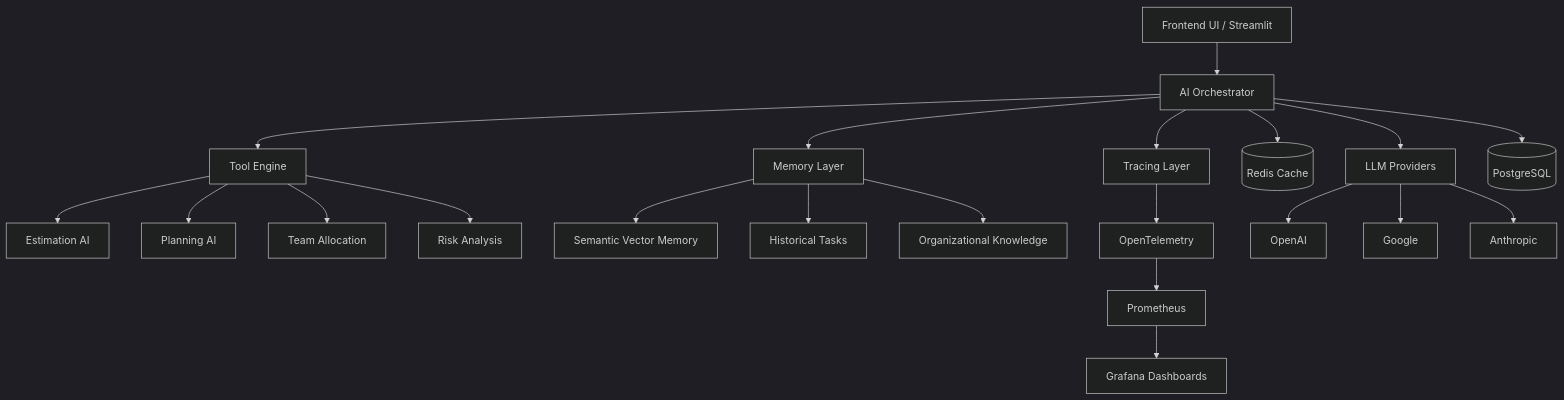
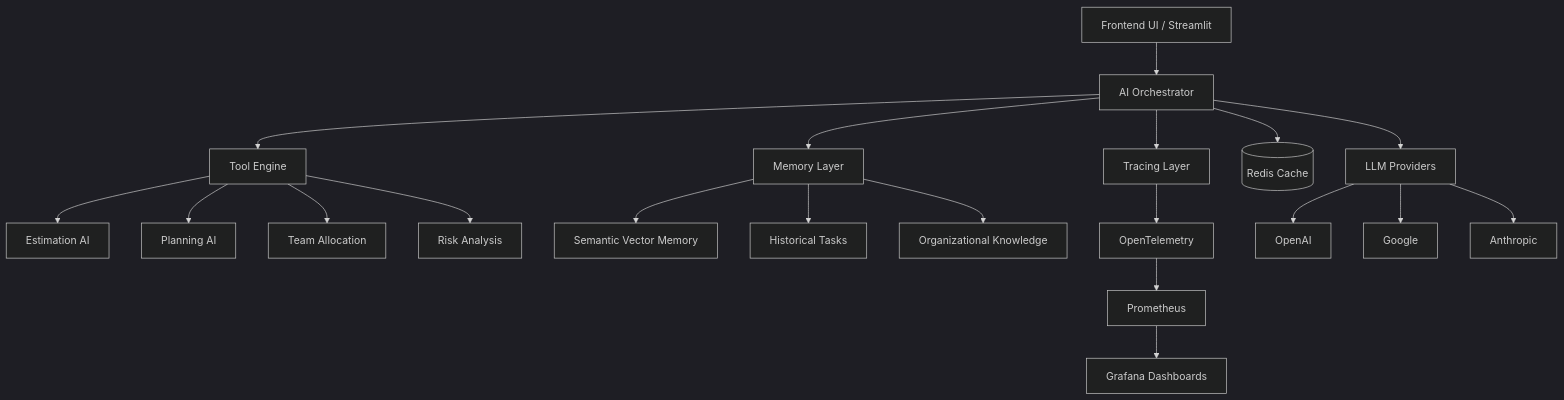
One commit to SuperAIQuattro/EstimatesAI changed the diagram in README.md. Above: the diagram before and after it, drawn with Mermaid (dark theme). The commit also changed other lines of this file, not shown here.

Commit message:
docs: update README
Removed PostgreSQL from the infrastructure and dependencies sections.

````diff
--- a/README.md
+++ b/README.md
@@ -60,35 +60,33 @@
 ```mermaid
 flowchart TD
 
     UI[Frontend UI / Streamlit]
     API[AI Orchestrator]
 
     UI --> API
 
     API --> TOOLS[Tool Engine]
     API --> MEMORY[Memory Layer]
     API --> TRACE[Tracing Layer]
 
     TOOLS --> ESTIMATION[Estimation AI]
     TOOLS --> PLANNING[Planning AI]
     TOOLS --> STAFFING[Team Allocation]
     TOOLS --> RISK[Risk Analysis]
 
     MEMORY --> VECTOR[Semantic Vector Memory]
     MEMORY --> HISTORY[Historical Tasks]
     MEMORY --> ORG[Organizational Knowledge]
 
     TRACE --> OTEL[OpenTelemetry]
     OTEL --> PROM[Prometheus]
     PROM --> GRAFANA[Grafana Dashboards]
 
     API --> REDIS[(Redis Cache)]
 
     API --> MODELS[LLM Providers]
 
     MODELS --> OPENAI[OpenAI]
     MODELS --> GOOGLE[Google]
     MODELS --> ANTHROPIC[Anthropic]
-
-    API --> STORAGE[(PostgreSQL)]
 ```
````
